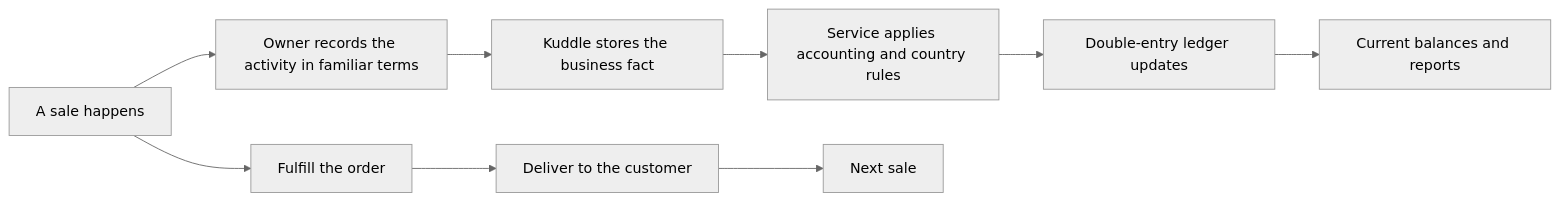
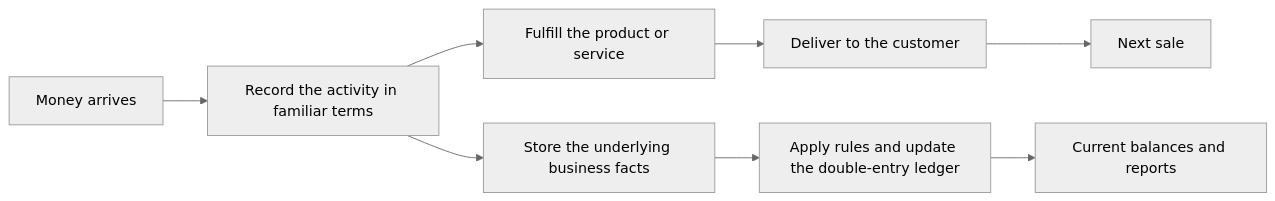
Before and after one commit to clrzr/clrzr.github.io: the first of 2 diagrams in _case_studies/kuddle.md, drawn with Mermaid (neutral theme). The commit also changed other lines of this file, not shown here.

Commit message:
Rewrite Kuddle case study narrative

````diff
--- a/_case_studies/kuddle.md
+++ b/_case_studies/kuddle.md
@@ -13,11 +15,10 @@
 ```mermaid
 flowchart LR
-    Sale["A sale happens"] --> Activity["Owner records the activity in familiar terms"]
-    Activity --> Fact["Kuddle stores the business fact"]
-    Fact --> Rules["Service applies accounting and country rules"]
-    Rules --> Ledger["Double-entry ledger updates"]
+    Money["Money arrives"] --> Record["Record the activity in familiar terms"]
+    Record --> Fulfill["Fulfill the product or service"]
+    Fulfill --> Deliver["Deliver to the customer"]
+    Deliver --> Next["Next sale"]
+    Record --> Fact["Store the underlying business facts"]
+    Fact --> Ledger["Apply rules and update the double-entry ledger"]
     Ledger --> Books["Current balances and reports"]
-    Sale --> Fulfillment["Fulfill the order"]
-    Fulfillment --> Delivery["Deliver to the customer"]
-    Delivery --> NextSale["Next sale"]
 ```
````
